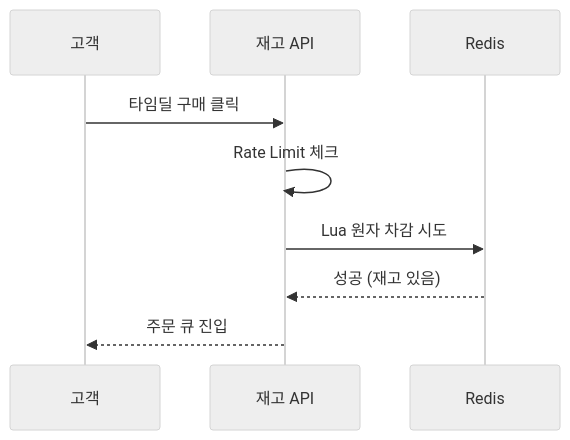
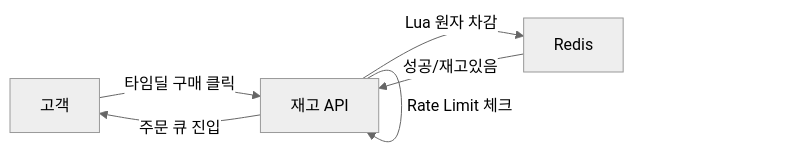
One commit to yjkim2015/yjkim2015.github.io changed the fourth of 4 diagrams in _posts/systemdesign/2026-05-11-system-design-inventory.md. Above: the diagram before and after it, drawn with Mermaid (neutral theme). The commit also changed other lines of this file and 84 other files, not shown here.

First line of the commit message:
85개 포스트 Mermaid 다이어그램 규칙 일괄 수정

````diff
--- a/_posts/systemdesign/2026-05-11-system-design-inventory.md
+++ b/_posts/systemdesign/2026-05-11-system-design-inventory.md
@@ -439,11 +433,8 @@
 ```mermaid
-sequenceDiagram
-    participant U as 고객
-    participant IS as 재고 API
-    participant R as Redis
-    U->>IS: 타임딜 구매 클릭
-    IS->>IS: Rate Limit 체크
-    IS->>R: Lua 원자 차감 시도
-    R-->>IS: 성공 (재고 있음)
-    IS-->>U: 주문 큐 진입
+graph LR
+    A[고객] -->|타임딜 구매 클릭| B[재고 API]
+    B -->|Rate Limit 체크| B
+    B -->|Lua 원자 차감| C[Redis]
+    C -->|성공/재고있음| B
+    B -->|주문 큐 진입| A
 ```
````
